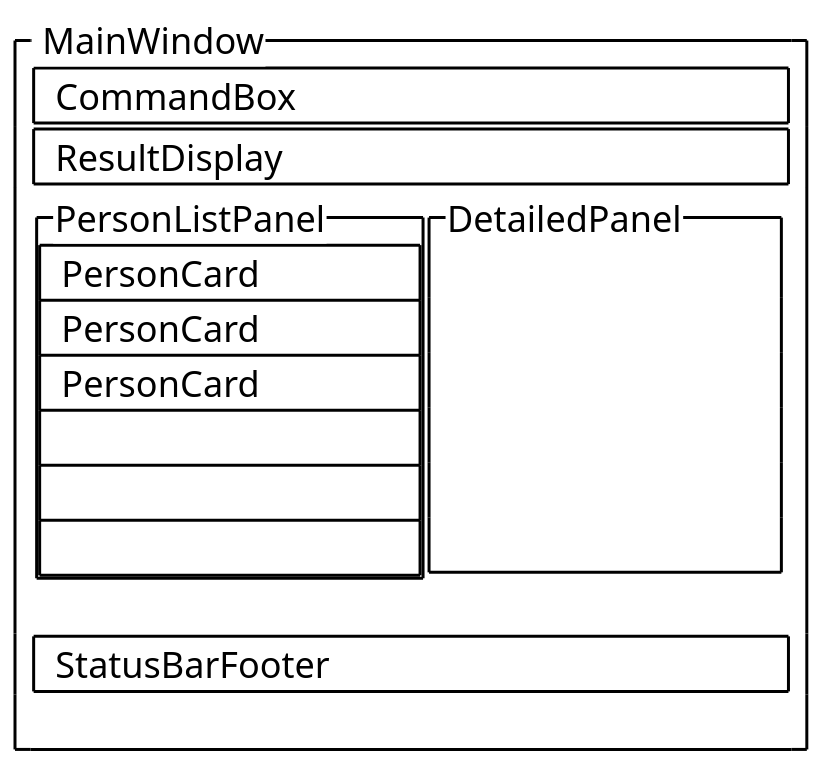
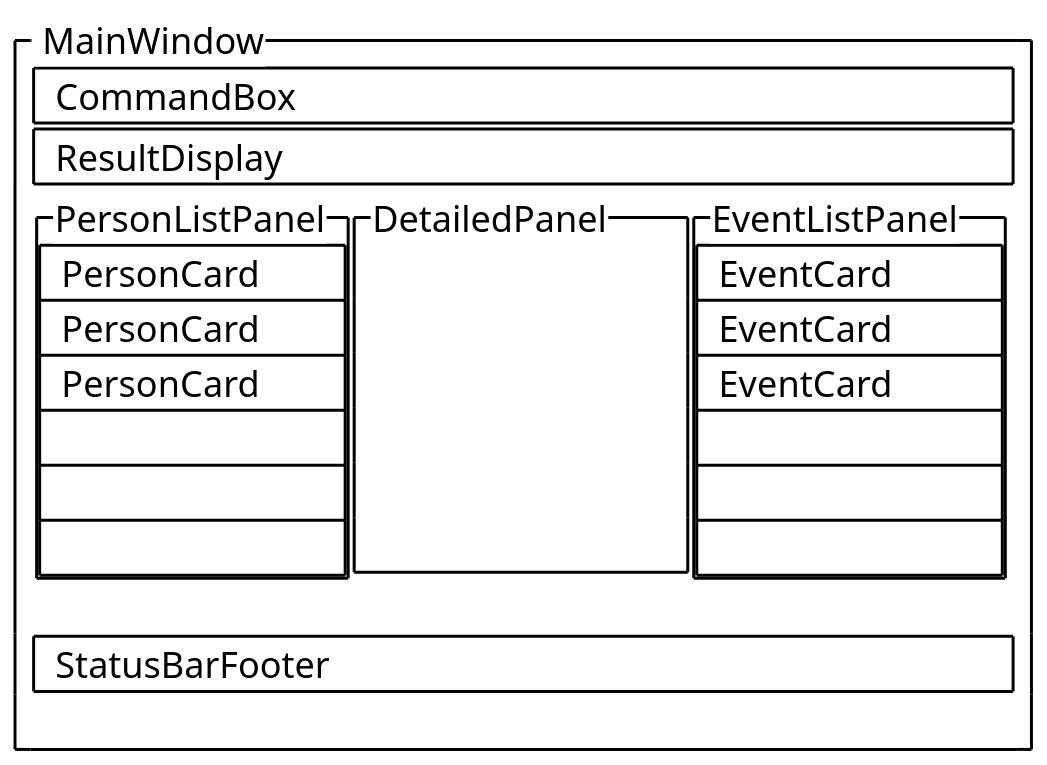
Before and after one commit to huajun07/tp: the diagram in diagrams/UiLayoutDiagram.puml, drawn with PlantUML. The commit also changed 25 other files, not shown here.

```diff
--- a/diagrams/UiLayoutDiagram.puml
+++ b/diagrams/UiLayoutDiagram.puml
@@ -1,28 +1,36 @@
 @startsalt
 
 'This is the worst displeasure I had to deal with. The syntax is terrible. Bless.'
 '<U+0020> is the unicode for space character. \t is a tab indent. Used for adding padding'
 
 scale 2
 {^<U+0020>MainWindow
-    <U+0020>{+<U+0020><U+0020>CommandBox\t\t\t\t\t\t\t}
-    <U+0020>{+<U+0020><U+0020>ResultDisplay\t\t\t\t\t\t\t}
+    <U+0020>{+<U+0020><U+0020>CommandBox\t\t\t\t\t\t\t\t\t\t}
+    <U+0020>{+<U+0020><U+0020>ResultDisplay\t\t\t\t\t\t\t\t\t\t}
     <U+0020>{{^PersonListPanel
        {#<U+0020><U+0020>PersonCard
           <U+0020><U+0020>PersonCard
-          <U+0020><U+0020>PersonCard \t\t
+          <U+0020><U+0020>PersonCard \t
           .
           .
           .}} | {^DetailedPanel
           .
           .
           .
           .
           .
-          \t\t\t\t<U+0020><U+0020><U+0020><U+0020><U+0020>}
+          \t\t\t\t<U+0020><U+0020><U+0020>} | {^EventListPanel
+              {#<U+0020><U+0020>EventCard
+                  <U+0020><U+0020>EventCard
+                  <U+0020><U+0020>EventCard \t\t
+                  .
+                  .
+                  .
+              }
+          }
     }
-    <U+0020>{+<U+0020><U+0020>StatusBarFooter\t\t\t\t\t\t\t} <U+0020>
+    <U+0020>{+<U+0020><U+0020>StatusBarFooter\t\t\t\t\t\t\t\t\t\t} <U+0020>
     .
 }
 
 @endsalt
```
